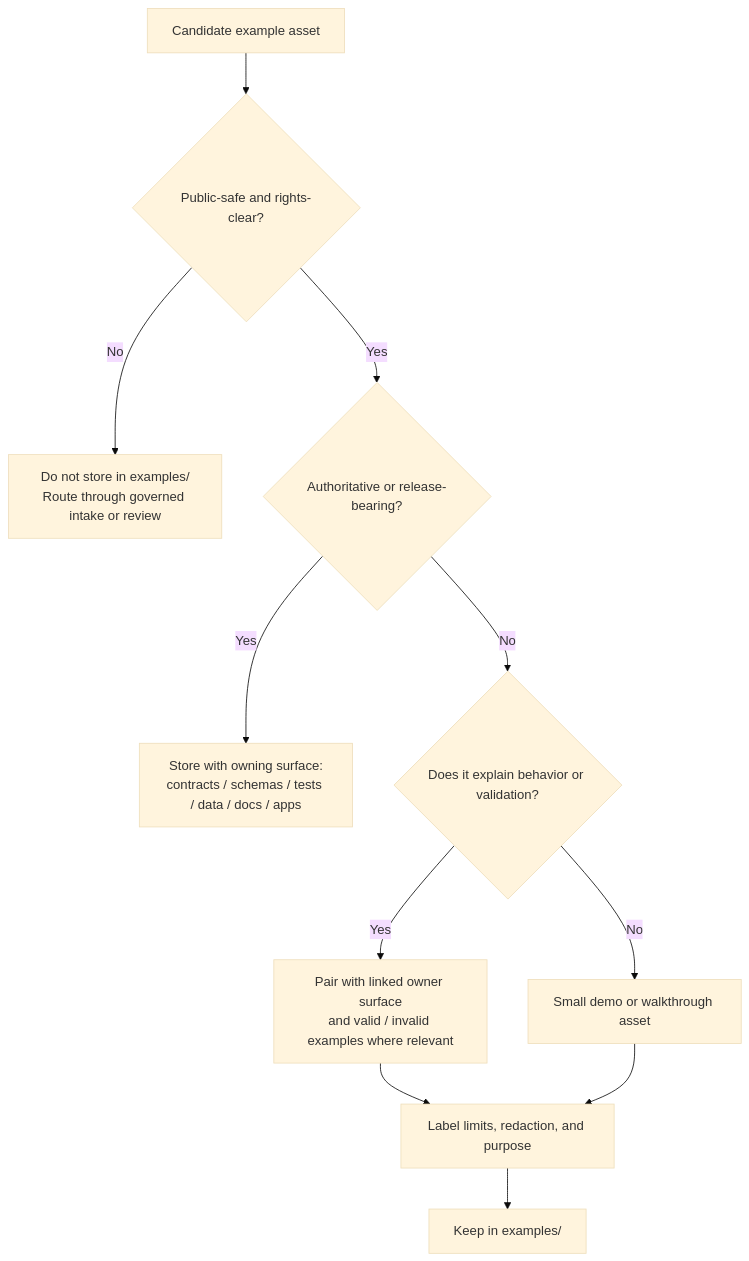
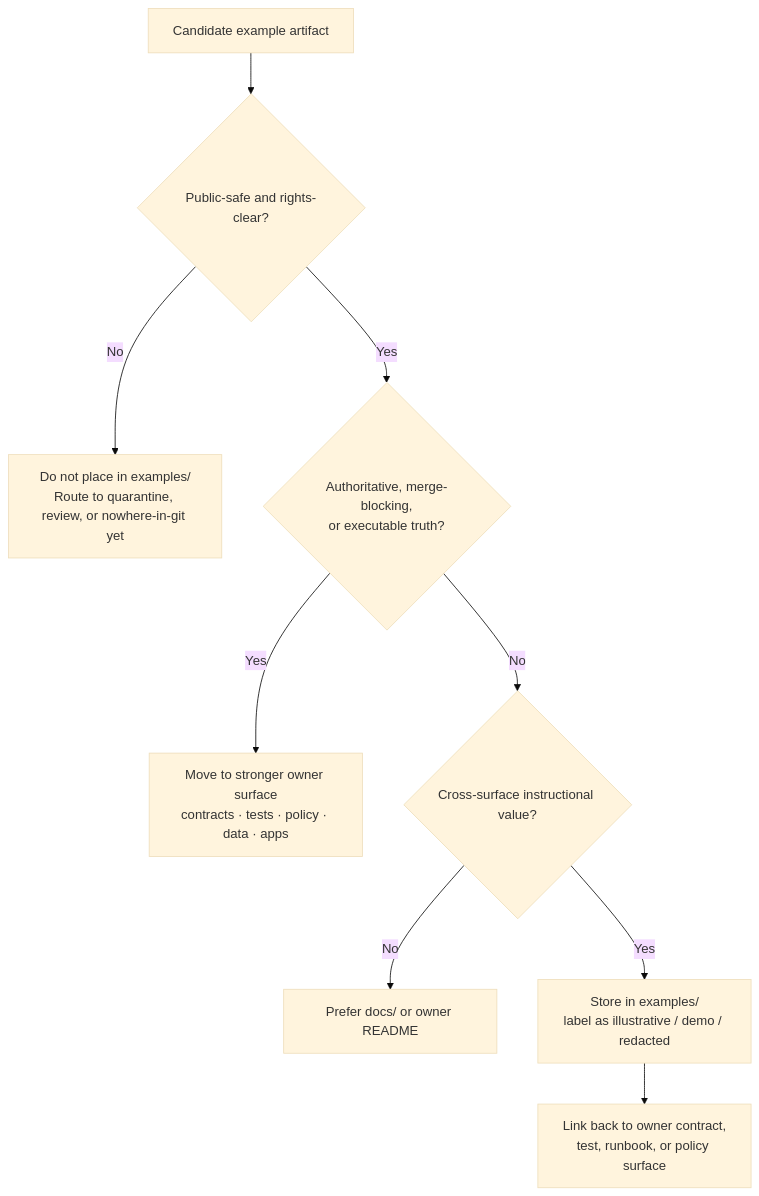
One commit to bartytime4life/Kansas-Frontier-Matrix changed the diagram in examples/README.md. Above: the diagram before and after it, drawn with Mermaid (base theme). The commit also changed other lines of this file, not shown here.

First line of the commit message:
Revise examples/README.md for clarity and verification

````diff
--- a/examples/README.md
+++ b/examples/README.md
@@ -223,13 +274,11 @@
 ```mermaid
 flowchart TD
-    A[Candidate example asset] --> B{Public-safe and rights-clear?}
-    B -- No --> X[Do not store in examples/<br/>Route through governed intake or review]
-    B -- Yes --> C{Authoritative or release-bearing?}
-    C -- Yes --> Y[Store with owning surface:<br/>contracts / schemas / tests / data / docs / apps]
-    C -- No --> D{Does it explain behavior or validation?}
-    D -- Yes --> E[Pair with linked owner surface<br/>and valid / invalid examples where relevant]
-    D -- No --> F[Small demo or walkthrough asset]
-    E --> G[Label limits, redaction, and purpose]
-    F --> G
-    G --> H[Keep in examples/]
+    A[Candidate example artifact] --> B{Public-safe and rights-clear?}
+    B -- No --> X[Do not place in examples/<br/>Route to quarantine, review, or nowhere-in-git yet]
+    B -- Yes --> C{Authoritative, merge-blocking,<br/>or executable truth?}
+    C -- Yes --> D[Move to stronger owner surface<br/>contracts · tests · policy · data · apps]
+    C -- No --> E{Cross-surface instructional value?}
+    E -- No --> F[Prefer docs/ or owner README]
+    E -- Yes --> G[Store in examples/<br/>label as illustrative / demo / redacted]
+    G --> H[Link back to owner contract,<br/>test, runbook, or policy surface]
 ```
````
